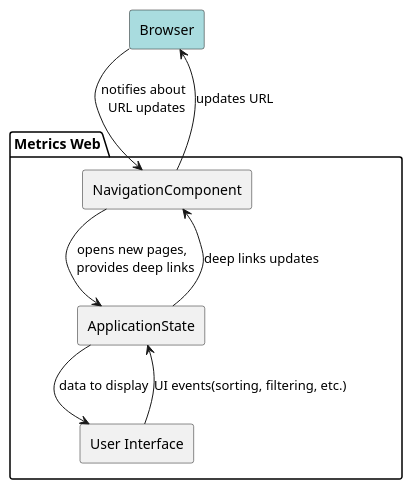
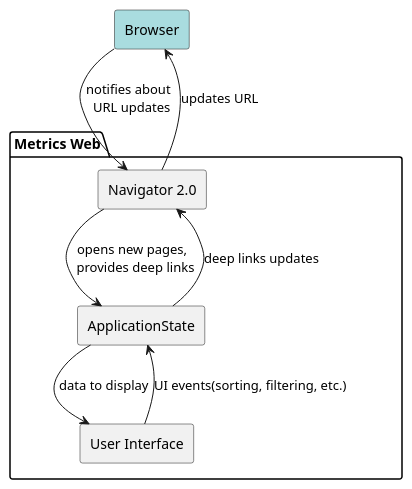
The diagram in metrics/web/docs/features/deep_links/diagrams/custom_approach_component_diagram.puml (Flank/flank-dashboard), drawn with PlantUML before and after one commit. The commit also changed 1 other file, not shown here.

Commit message:
Analysis improvements, add parsing deep links section

```diff
--- a/metrics/web/docs/features/deep_links/diagrams/custom_approach_component_diagram.puml
+++ b/metrics/web/docs/features/deep_links/diagrams/custom_approach_component_diagram.puml
@@ -1,21 +1,21 @@
 @startuml custom_approach_component_diagram
 
 skinparam componentStyle rectangle
 
 component Browser #A9DCDF
 
 package "Metrics Web" {
-    component NavigationComponent
+    component "Navigator 2.0" as Navigator
     component ApplicationState
     component "User Interface" as UI
 }
 
-Browser -down-> NavigationComponent : notifies about \n URL updates
-NavigationComponent -down-> ApplicationState : opens new pages, \n provides deep links
+Browser -down-> Navigator : notifies about \n URL updates
+Navigator -down-> ApplicationState : opens new pages, \n provides deep links
 ApplicationState -down-> UI : data to display
 
 UI -up-> ApplicationState : UI events(sorting, filtering, etc.)
-ApplicationState -up-> NavigationComponent : deep links updates
-NavigationComponent -up-> Browser : updates URL
+ApplicationState -up-> Navigator : deep links updates
+Navigator -up-> Browser : updates URL
 
 @enduml
```
